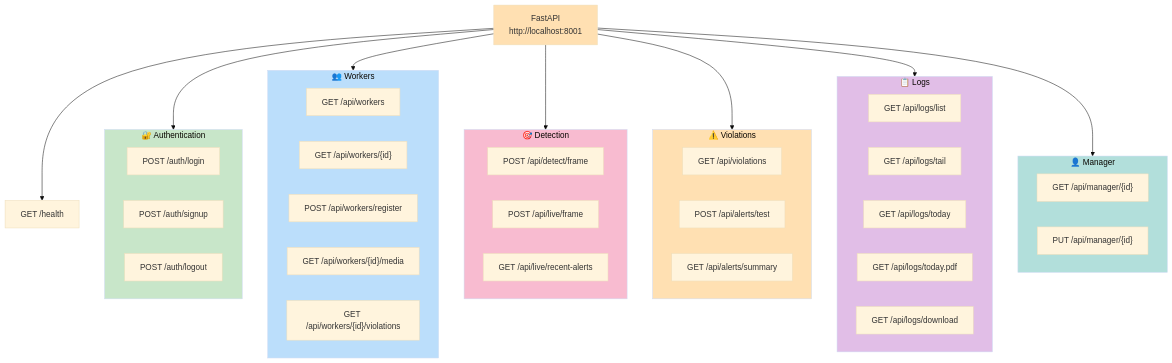
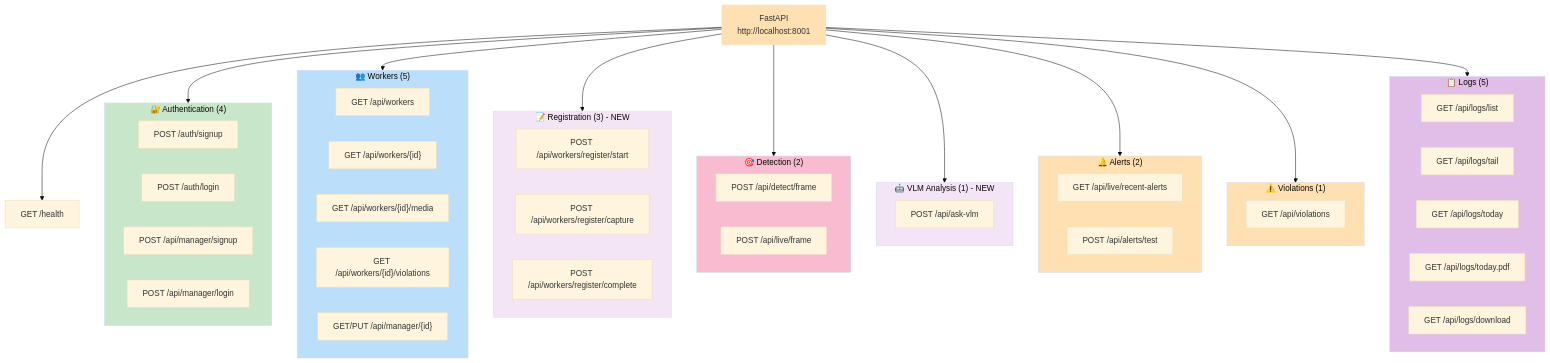
Before and after one commit to Gururaj15/VINIMI: the third of 11 diagrams in ARCHITECTURE_DIAGRAMS.md, drawn with Mermaid (base theme). The commit also changed other lines of this file and 2 other files, not shown here.

First line of the commit message:
docs: Update architecture diagrams for v2.0+ with VLM and multi-sample registration

````diff
--- a/ARCHITECTURE_DIAGRAMS.md
+++ b/ARCHITECTURE_DIAGRAMS.md
@@ -131,61 +138,73 @@
 ```mermaid
 graph TB
     API["FastAPI<br/>http://localhost:8001"]
     
-    subgraph Auth["🔐 Authentication"]
+    subgraph Auth["🔐 Authentication (4)"]
+        SIGNUP["POST /auth/signup"]
         LOGIN["POST /auth/login"]
-        SIGNUP["POST /auth/signup"]
-        LOGOUT["POST /auth/logout"]
+        MSIGNUP["POST /api/manager/signup"]
+        MLOGIN["POST /api/manager/login"]
     end
     
-    subgraph Workers["👥 Workers"]
+    subgraph Workers["👥 Workers (5)"]
         LIST_W["GET /api/workers"]
         GET_W["GET /api/workers/{id}"]
-        REGISTER_W["POST /api/workers/register"]
         MEDIA_W["GET /api/workers/{id}/media"]
         VIOLATIONS_W["GET /api/workers/{id}/violations"]
+        MANAGER_W["GET/PUT /api/manager/{id}"]
     end
     
-    subgraph Detection["🎯 Detection"]
+    subgraph RegSession["📝 Registration (3) - NEW"]
+        START["POST /api/workers/register/start"]
+        CAPTURE["POST /api/workers/register/capture"]
+        COMPLETE["POST /api/workers/register/complete"]
+    end
+    
+    subgraph Detection["🎯 Detection (2)"]
         DETECT["POST /api/detect/frame"]
         LIVE["POST /api/live/frame"]
-        ALERTS["GET /api/live/recent-alerts"]
     end
     
-    subgraph Violations["⚠️ Violations"]
-        LIST_V["GET /api/violations"]
-        TEST_ALERT["POST /api/alerts/test"]
-        SUMMARY["GET /api/alerts/summary"]
+    subgraph VLM["🤖 VLM Analysis (1) - NEW"]
+        ASKVLM["POST /api/ask-vlm"]
     end
     
-    subgraph Logs["📋 Logs"]
+    subgraph Alerts["🔔 Alerts (2)"]
+        RECALERTS["GET /api/live/recent-alerts"]
+        TEST_ALERT["POST /api/alerts/test"]
+    end
+    
+    subgraph Violations["⚠️ Violations (1)"]
+        LIST_V["GET /api/violations"]
+    end
+    
+    subgraph Logs["📋 Logs (5)"]
         LIST_L["GET /api/logs/list"]
         TAIL_L["GET /api/logs/tail"]
         TODAY_L["GET /api/logs/today"]
         PDF_L["GET /api/logs/today.pdf"]
         DL_L["GET /api/logs/download"]
     end
     
-    subgraph Manager["👤 Manager"]
-        GET_M["GET /api/manager/{id}"]
-        UPDATE_M["PUT /api/manager/{id}"]
-    end
-    
     Health["GET /health"]
     
     API --> Auth
     API --> Workers
+    API --> RegSession
     API --> Detection
+    API --> VLM
+    API --> Alerts
     API --> Violations
     API --> Logs
-    API --> Manager
     API --> Health
     
     style API fill:#ffe0b2
     style Auth fill:#c8e6c9
     style Workers fill:#bbdefb
+    style RegSession fill:#f3e5f5
     style Detection fill:#f8bbd0
+    style VLM fill:#f3e5f5
+    style Alerts fill:#ffe0b2
     style Violations fill:#ffe0b2
     style Logs fill:#e1bee7
-    style Manager fill:#b2dfdb
 ```
````
